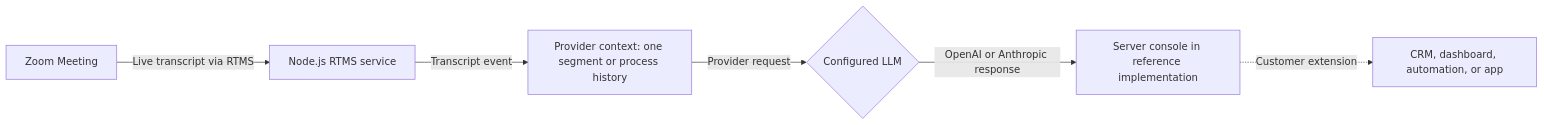
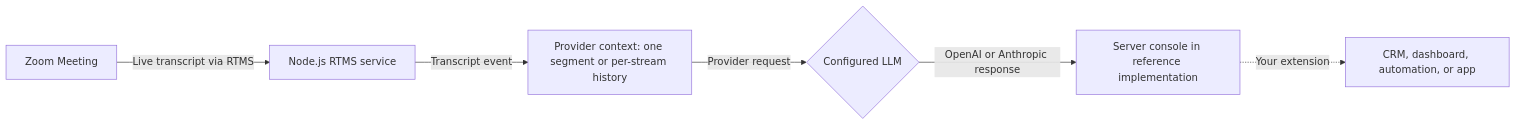
One commit to zoom/blueprints changed the diagram in blueprints/send-transcripts-to-llms/architecture.mmd. Above: the diagram before and after it, drawn with Mermaid. The commit also changed 1 other file, not shown here.

```diff
--- a/blueprints/send-transcripts-to-llms/architecture.mmd
+++ b/blueprints/send-transcripts-to-llms/architecture.mmd
@@ -1,6 +1,6 @@
 flowchart LR
     A[Zoom Meeting] -->|Live transcript via RTMS| B[Node.js RTMS service]
-    B -->|Transcript event| C[Provider context: one segment or process history]
+    B -->|Transcript event| C[Provider context: one segment or per-stream history]
     C -->|Provider request| D{Configured LLM}
     D -->|OpenAI or Anthropic response| E[Server console in reference implementation]
-    E -.->|Customer extension| F[CRM, dashboard, automation, or app]
+    E -.->|Your extension| F[CRM, dashboard, automation, or app]
```
